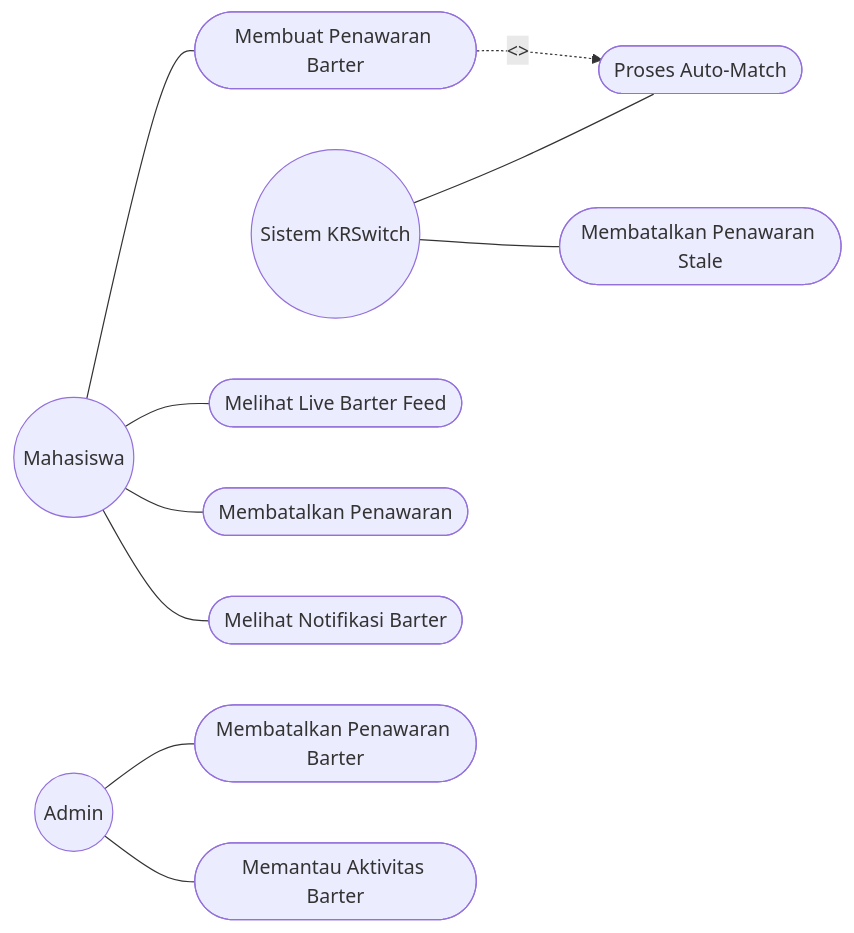
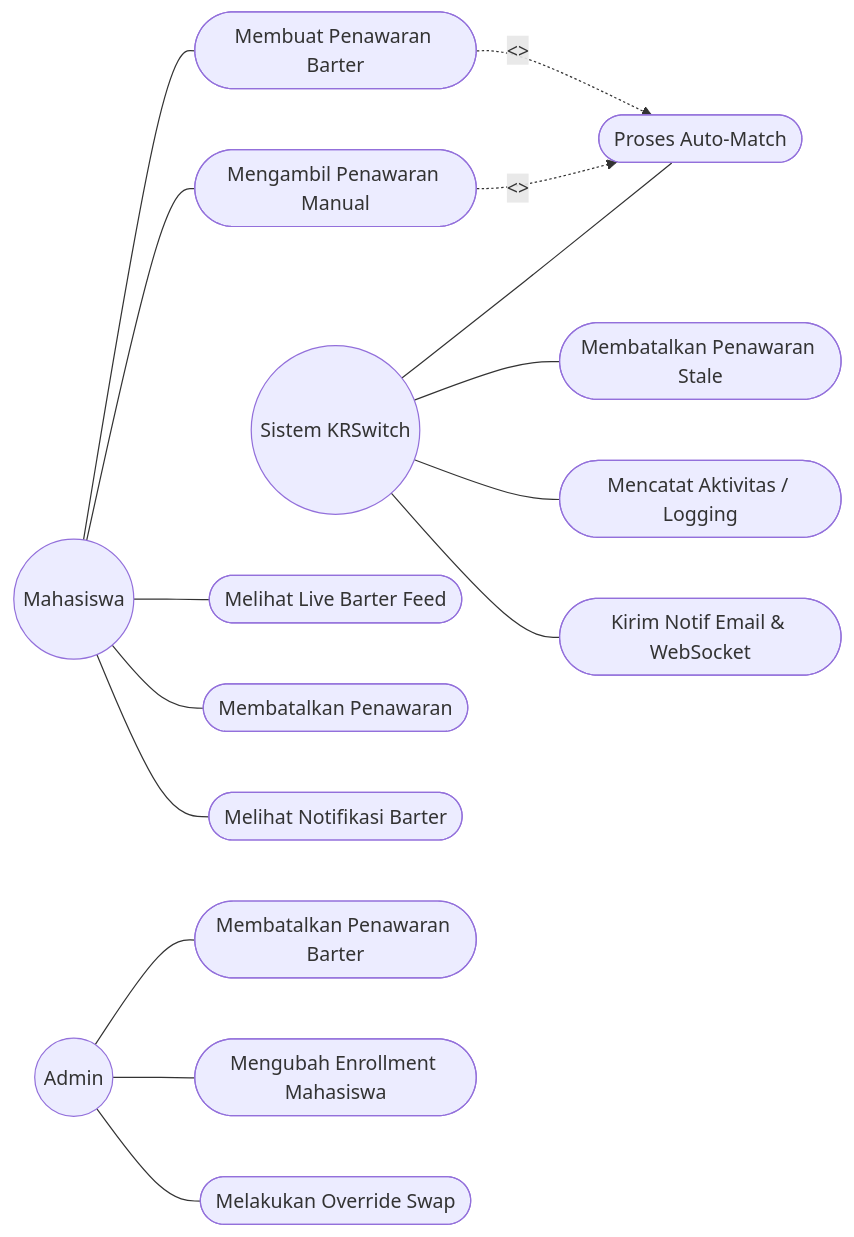
Before and after one commit to gimigkk/KRSwitch-backend: the first of 4 diagrams in laporan_akhir_bab_3_barter.md, drawn with Mermaid. The commit also changed other lines of this file, not shown here.

````diff
--- a/laporan_akhir_bab_3_barter.md
+++ b/laporan_akhir_bab_3_barter.md
@@ -11,30 +11,41 @@
 ```mermaid
 flowchart LR
     %% Actors
     Mahasiswa((Mahasiswa))
     Admin((Admin))
     Sistem((Sistem KRSwitch))
 
     %% Use Cases
     UC1([Membuat Penawaran Barter])
+    UC1b([Mengambil Penawaran Manual])
     UC2([Melihat Live Barter Feed])
     UC3([Membatalkan Penawaran])
     UC4([Melihat Notifikasi Barter])
+    
     UC5([Proses Auto-Match])
     UC6([Membatalkan Penawaran Stale])
+    UC6b([Mencatat Aktivitas / Logging])
+    UC6c([Kirim Notif Email & WebSocket])
+
     UC7([Membatalkan Penawaran Barter])
-    UC8([Memantau Aktivitas Barter])
+    UC8([Mengubah Enrollment Mahasiswa])
+    UC9([Melakukan Override Swap])
 
     %% Relationships
     Mahasiswa --- UC1
+    Mahasiswa --- UC1b
     Mahasiswa --- UC2
     Mahasiswa --- UC3
     Mahasiswa --- UC4
 
     UC1 -. "<<include>>" .-> UC5
+    UC1b -. "<<include>>" .-> UC5
     Sistem --- UC5
     Sistem --- UC6
+    Sistem --- UC6b
+    Sistem --- UC6c
 
     Admin --- UC7
     Admin --- UC8
+    Admin --- UC9
 ```
````
